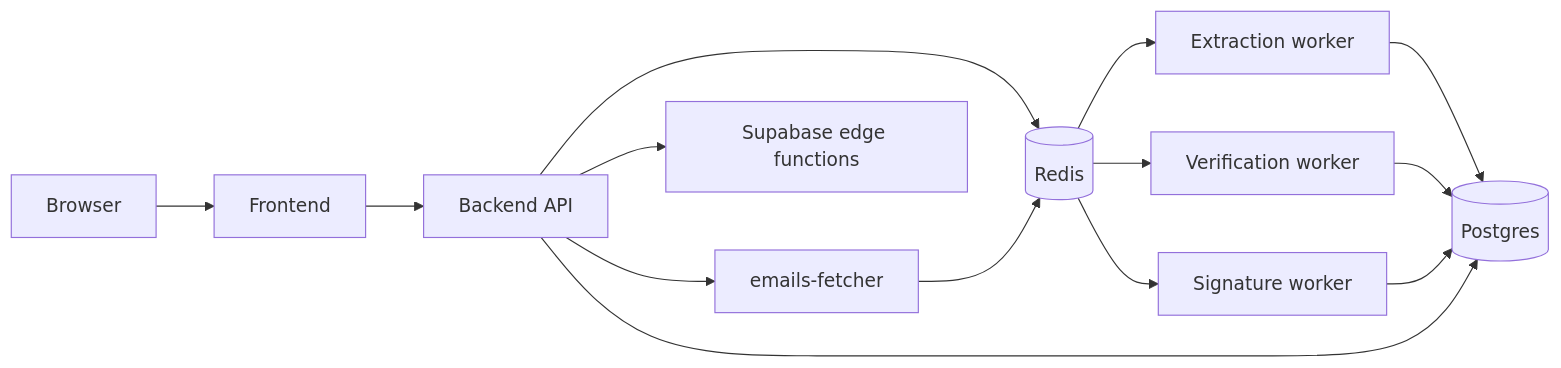
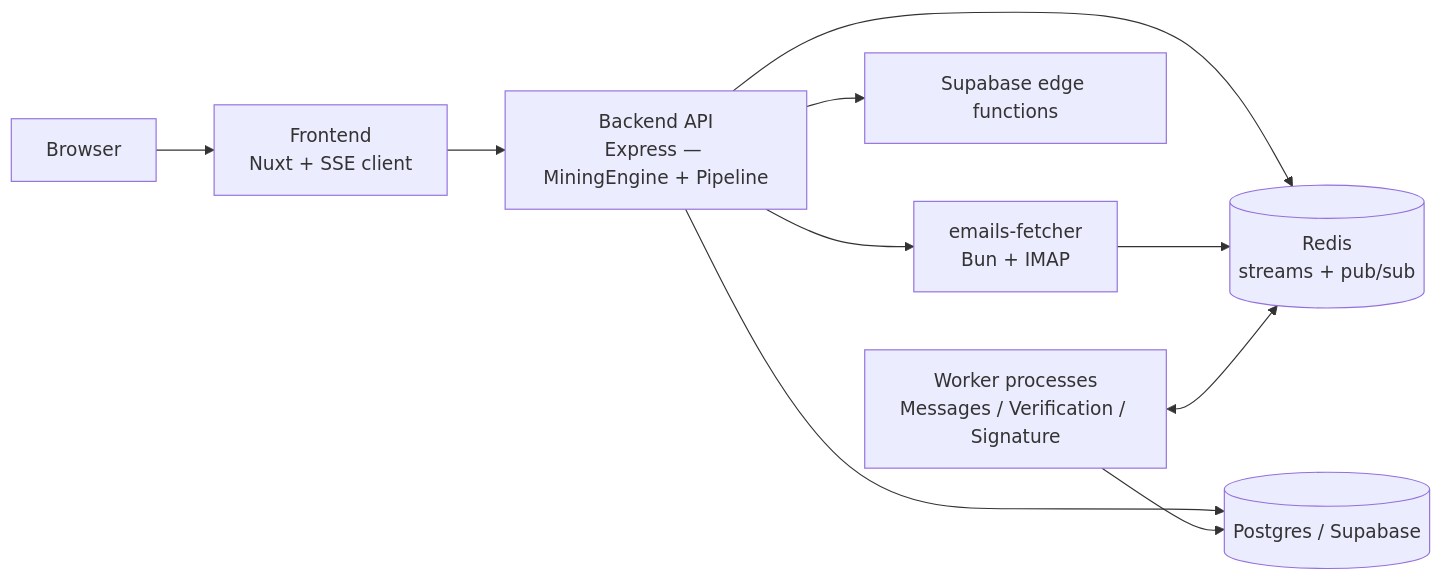
Before and after one commit to ankaboot-source/leadminer: the first of 2 diagrams in docs/architecture.md, drawn with Mermaid. The commit also changed other lines of this file and 1 other file, not shown here.

Commit message:
docs: diagram the pipeline-to-worker protocol and progress round trip

````diff
--- a/docs/architecture.md
+++ b/docs/architecture.md
@@ -32,16 +34,12 @@
 ```mermaid
 flowchart LR
-  B[Browser] --> F[Frontend]
-  F --> A[Backend API]
-  A --> R[(Redis)]
-  R --> W1[Extraction worker]
-  R --> W2[Verification worker]
-  R --> W3[Signature worker]
-  A --> X[emails-fetcher]
+  B[Browser] --> F[Frontend<br/>Nuxt + SSE client]
+  F --> A["Backend API<br/>Express — MiningEngine + Pipeline"]
+  A --> R[(Redis<br/>streams + pub/sub)]
+  A --> P[(Postgres / Supabase)]
+  A --> X["emails-fetcher<br/>Bun + IMAP"]
   X --> R
   A --> E[Supabase edge functions]
-  W1 --> P[(Postgres)]
-  W2 --> P
-  W3 --> P
-  A --> P
+  W["Worker processes<br/>Messages / Verification / Signature"] <--> R
+  W --> P
 ```
````
